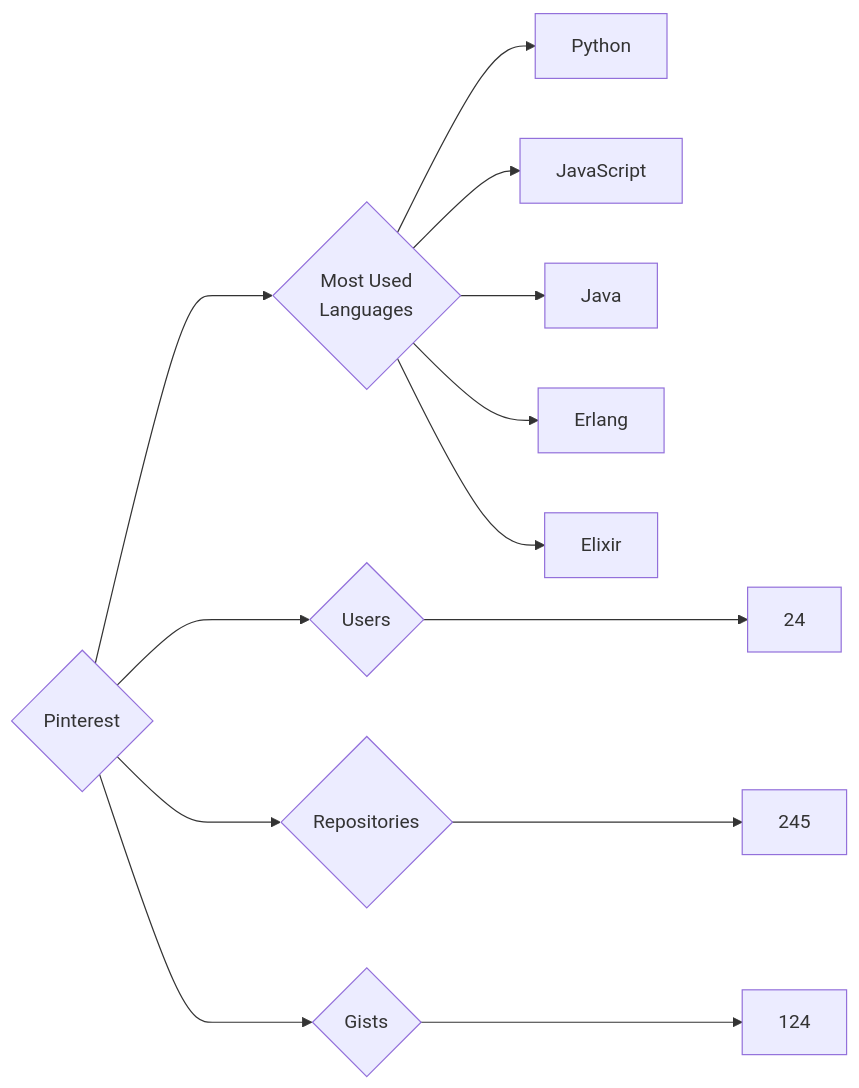
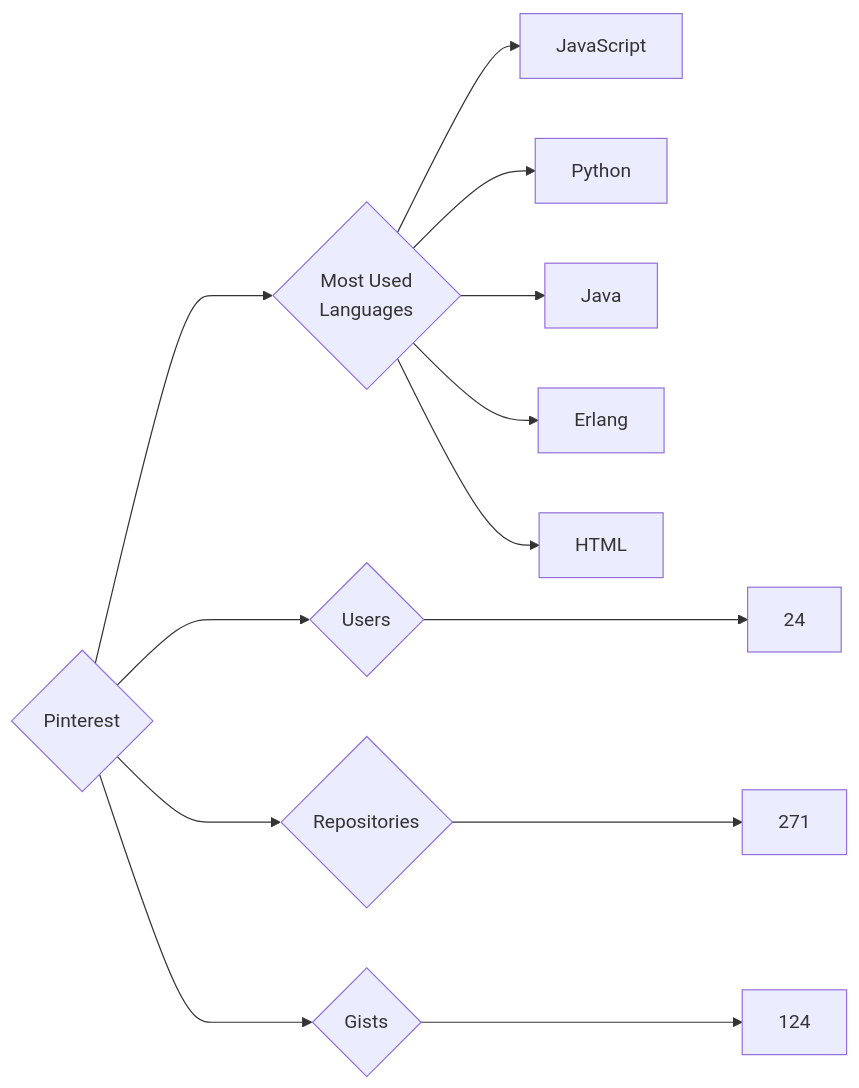
One commit to trickest/insiders changed the diagram in targets/Pinterest/README.md. Above: the diagram before and after it, drawn with Mermaid. The commit also changed 829 other files, not shown here.

````diff
--- a/targets/Pinterest/README.md
+++ b/targets/Pinterest/README.md
@@ -3,13 +3,13 @@
 ```mermaid
 graph LR
 COMPANY_NAME{Pinterest}
 COMPANY_NAME ---> U{Users} ---> UN[24]
-COMPANY_NAME ---> R{Repositories} ---> RN[245]
+COMPANY_NAME ---> R{Repositories} ---> RN[271]
 COMPANY_NAME ---> G{Gists} ---> GN[124]
 COMPANY_NAME ---> ML{Most Used<br>Languages}
+ML --> JavaScript[JavaScript]
 ML --> Python[Python]
-ML --> JavaScript[JavaScript]
 ML --> Java[Java]
 ML --> Erlang[Erlang]
-ML --> Elixir[Elixir]
+ML --> HTML[HTML]
 ```
````
